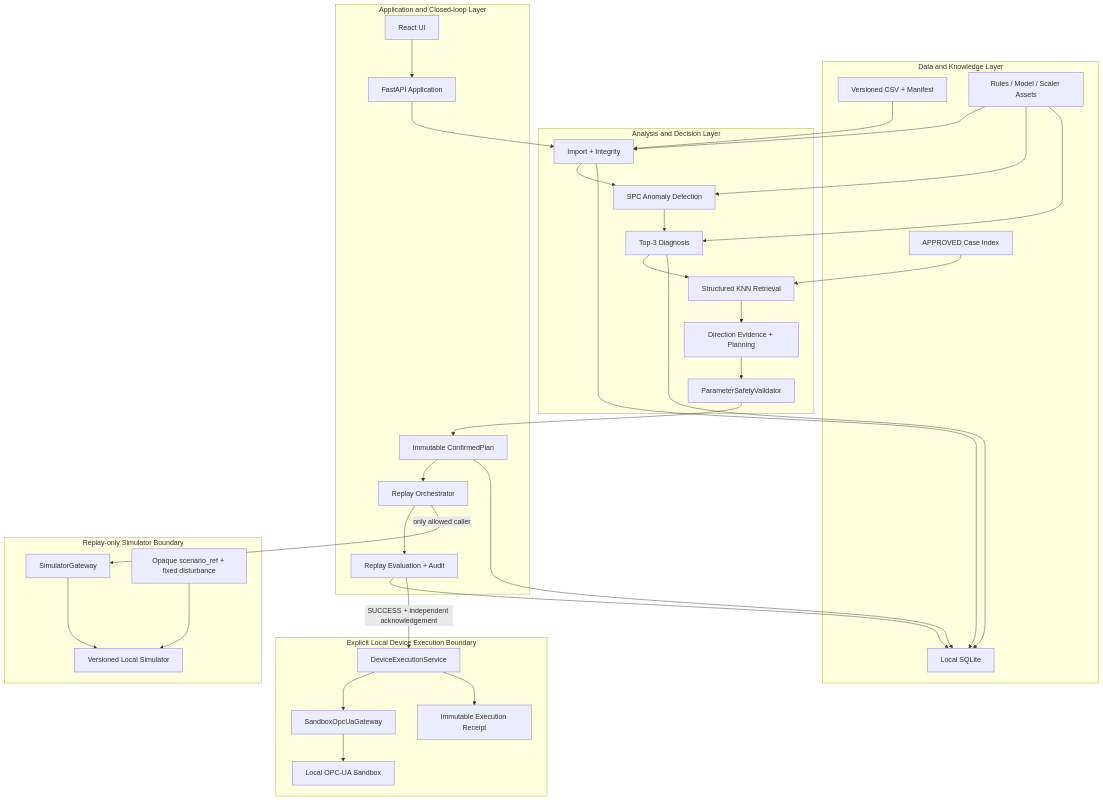
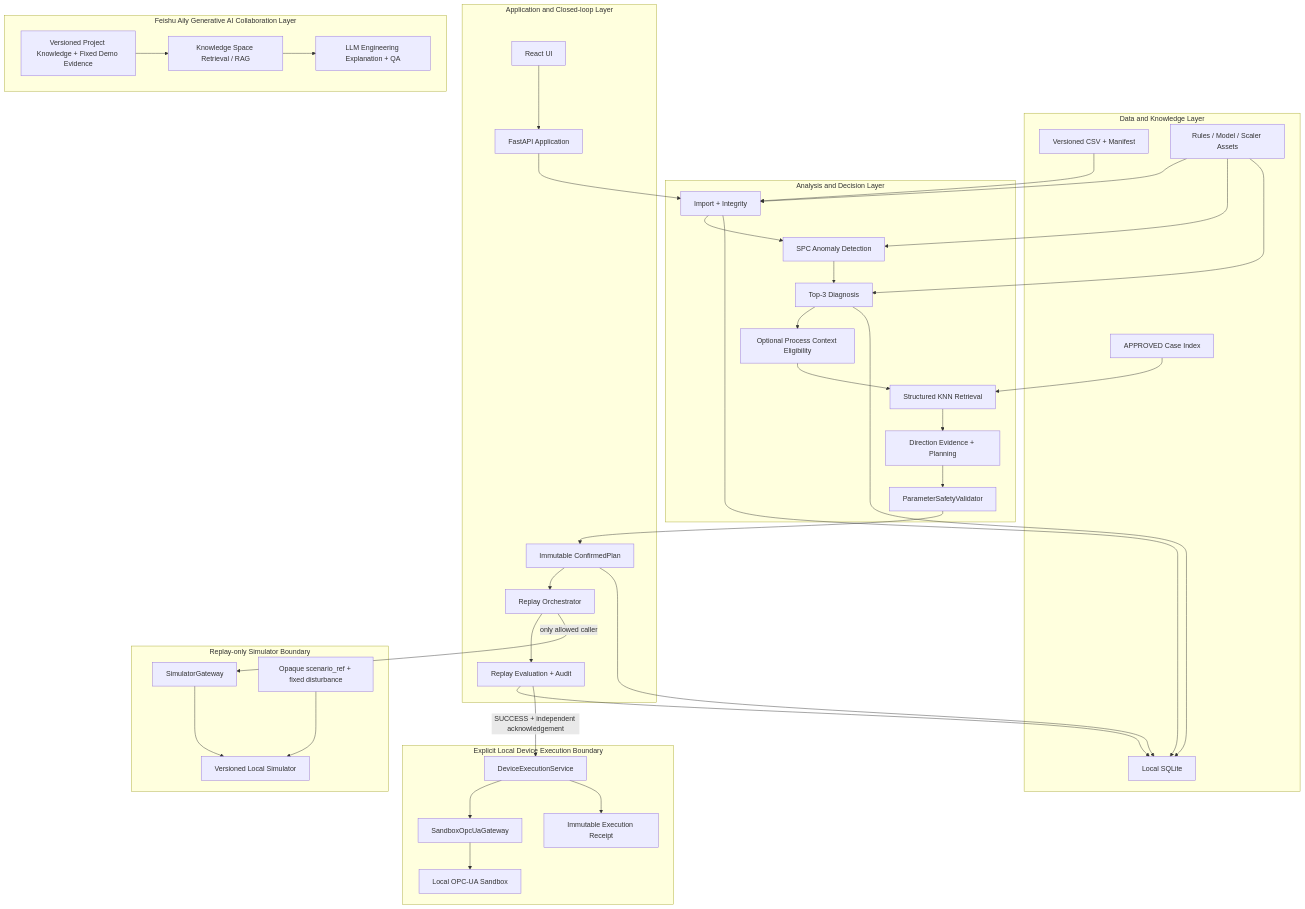
One commit to gakialter/TuneWise changed the second of 2 diagrams in README.md. Above: the diagram before and after it, drawn with Mermaid. The commit also changed other lines of this file and 11 other files, not shown here.

````diff
--- a/README.md
+++ b/README.md
@@ -70,57 +79,65 @@
 ```mermaid
 flowchart TB
     subgraph DK["Data and Knowledge Layer"]
         CSV["Versioned CSV + Manifest"]
         ASSETS["Rules / Model / Scaler Assets"]
         CASES["APPROVED Case Index"]
         DB["Local SQLite"]
     end
 
     subgraph AD["Analysis and Decision Layer"]
         IMPORT["Import + Integrity"]
         SPC["SPC Anomaly Detection"]
         DIAG["Top-3 Diagnosis"]
+        CONTEXT["Optional Process Context Eligibility"]
         KNN["Structured KNN Retrieval"]
         PLAN["Direction Evidence + Planning"]
         VALIDATOR["ParameterSafetyValidator"]
     end
 
     subgraph APP["Application and Closed-loop Layer"]
         UI["React UI"]
         API["FastAPI Application"]
         CONFIRM["Immutable ConfirmedPlan"]
         REPLAY["Replay Orchestrator"]
         EVAL["Replay Evaluation + Audit"]
     end
 
     subgraph SIM["Replay-only Simulator Boundary"]
         GATEWAY["SimulatorGateway"]
         ENGINE["Versioned Local Simulator"]
         HIDDEN["Opaque scenario_ref + fixed disturbance"]
     end
 
     subgraph DEVICE["Explicit Local Device Execution Boundary"]
         EXEC["DeviceExecutionService"]
         OPCUA["SandboxOpcUaGateway"]
         LOCAL["Local OPC-UA Sandbox"]
         RECEIPT["Immutable Execution Receipt"]
     end
 
+    subgraph AILY["Feishu Aily Generative AI Collaboration Layer"]
+        KNOWLEDGE["Versioned Project Knowledge + Fixed Demo Evidence"]
+        RAG["Knowledge Space Retrieval / RAG"]
+        LLM["LLM Engineering Explanation + QA"]
+    end
+
     CSV --> IMPORT
     ASSETS --> IMPORT
     ASSETS --> SPC
     ASSETS --> DIAG
     CASES --> KNN
-    IMPORT --> SPC --> DIAG --> KNN --> PLAN --> VALIDATOR
+    IMPORT --> SPC --> DIAG --> CONTEXT --> KNN --> PLAN --> VALIDATOR
     UI --> API
     API --> IMPORT
     VALIDATOR --> CONFIRM --> REPLAY --> EVAL
     IMPORT --> DB
     DIAG --> DB
     CONFIRM --> DB
     EVAL --> DB
     REPLAY -->|"only allowed caller"| GATEWAY --> ENGINE
     HIDDEN --> ENGINE
     EVAL -->|"SUCCESS + independent acknowledgement"| EXEC --> OPCUA --> LOCAL
     EXEC --> RECEIPT
+    KNOWLEDGE --> RAG --> LLM
 ```
````
